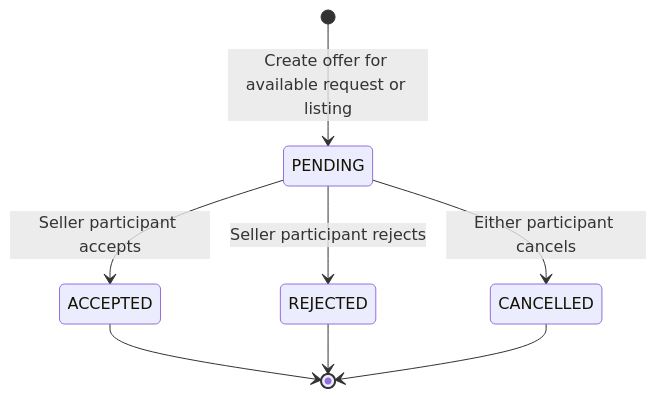
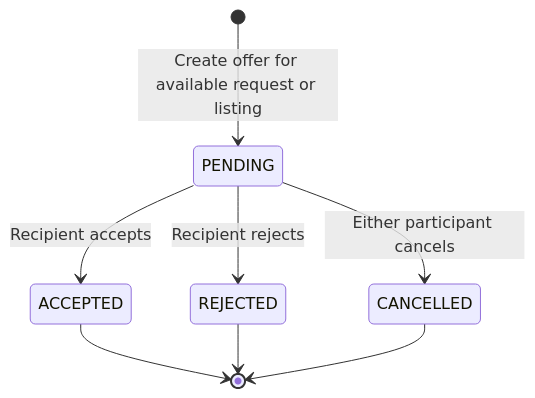
One commit to younessFathi/auto-parto changed the tenth of 32 diagrams in docs/technical-workflows.md. Above: the diagram before and after it, drawn with Mermaid. The commit also changed other lines of this file and 11 other files, not shown here.

````diff
--- a/docs/technical-workflows.md
+++ b/docs/technical-workflows.md
@@ -281,10 +281,10 @@
 ```mermaid
 stateDiagram-v2
     [*] --> PENDING: Create offer for available request or listing
-    PENDING --> ACCEPTED: Seller participant accepts
-    PENDING --> REJECTED: Seller participant rejects
+    PENDING --> ACCEPTED: Recipient accepts
+    PENDING --> REJECTED: Recipient rejects
     PENDING --> CANCELLED: Either participant cancels
     ACCEPTED --> [*]
     REJECTED --> [*]
     CANCELLED --> [*]
 ```
````
